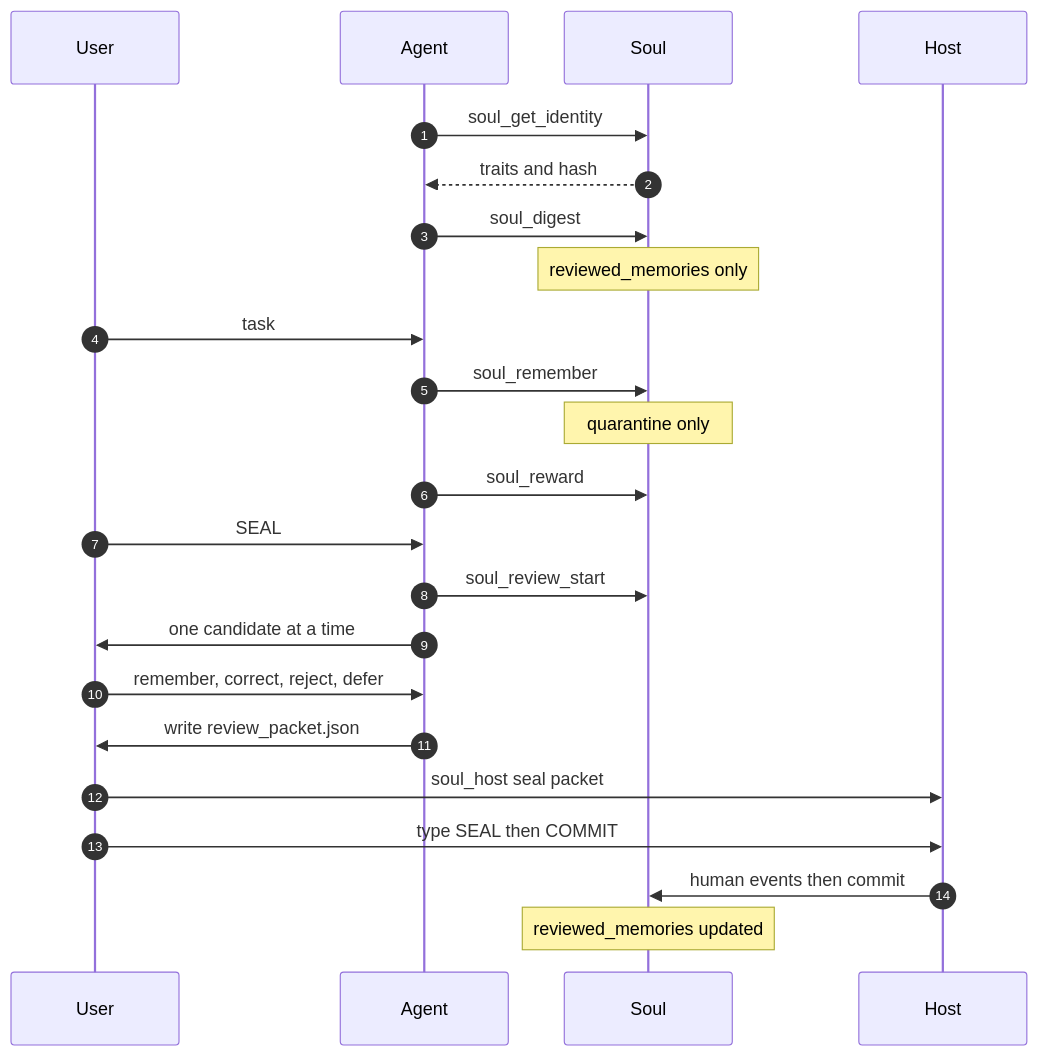
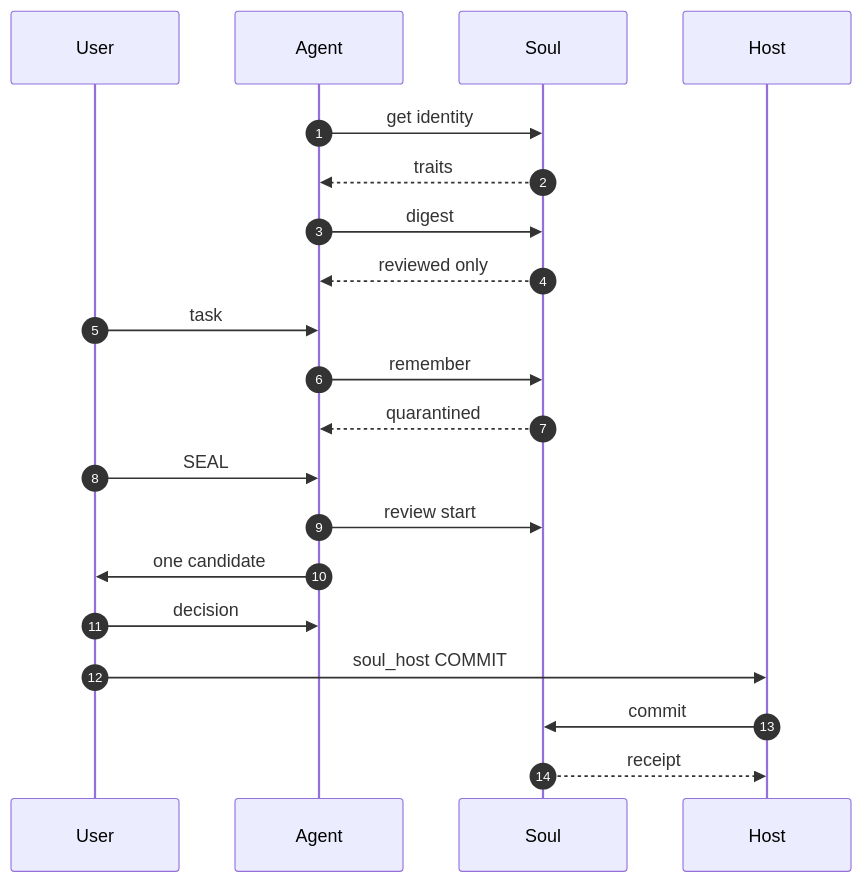
The diagram in docs/MCP_TOOL_USAGE_GUIDELINE.md (Azhonaras/soul-engine), drawn with Mermaid before and after one commit. The commit also changed 4 other files, not shown here.

First line of the commit message:
docs: stop Mermaid labels from overlapping on GitHub.

````diff
--- a/docs/MCP_TOOL_USAGE_GUIDELINE.md
+++ b/docs/MCP_TOOL_USAGE_GUIDELINE.md
@@ -75,26 +75,23 @@
 ```mermaid
 sequenceDiagram
     autonumber
     participant User
     participant Agent
     participant Soul
     participant Host
 
-    Agent->>Soul: soul_get_identity
-    Soul-->>Agent: traits and hash
-    Agent->>Soul: soul_digest
-    Note over Soul: reviewed_memories only
+    Agent->>Soul: get identity
+    Soul-->>Agent: traits
+    Agent->>Soul: digest
+    Soul-->>Agent: reviewed only
     User->>Agent: task
-    Agent->>Soul: soul_remember
-    Note over Soul: quarantine only
-    Agent->>Soul: soul_reward
+    Agent->>Soul: remember
+    Soul-->>Agent: quarantined
     User->>Agent: SEAL
-    Agent->>Soul: soul_review_start
-    Agent->>User: one candidate at a time
-    User->>Agent: remember, correct, reject, defer
-    Agent->>User: write review_packet.json
-    User->>Host: soul_host seal packet
-    User->>Host: type SEAL then COMMIT
-    Host->>Soul: human events then commit
-    Note over Soul: reviewed_memories updated
+    Agent->>Soul: review start
+    Agent->>User: one candidate
+    User->>Agent: decision
+    User->>Host: soul_host COMMIT
+    Host->>Soul: commit
+    Soul-->>Host: receipt
 ```
````
